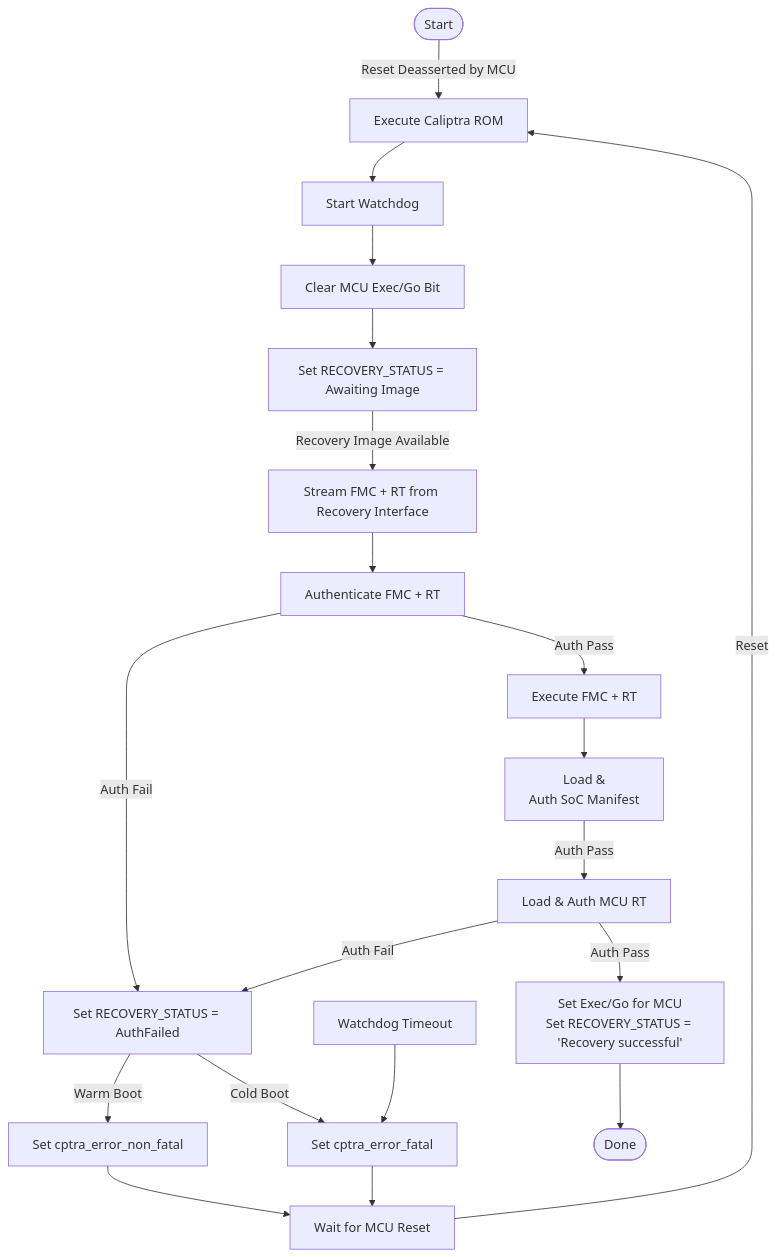
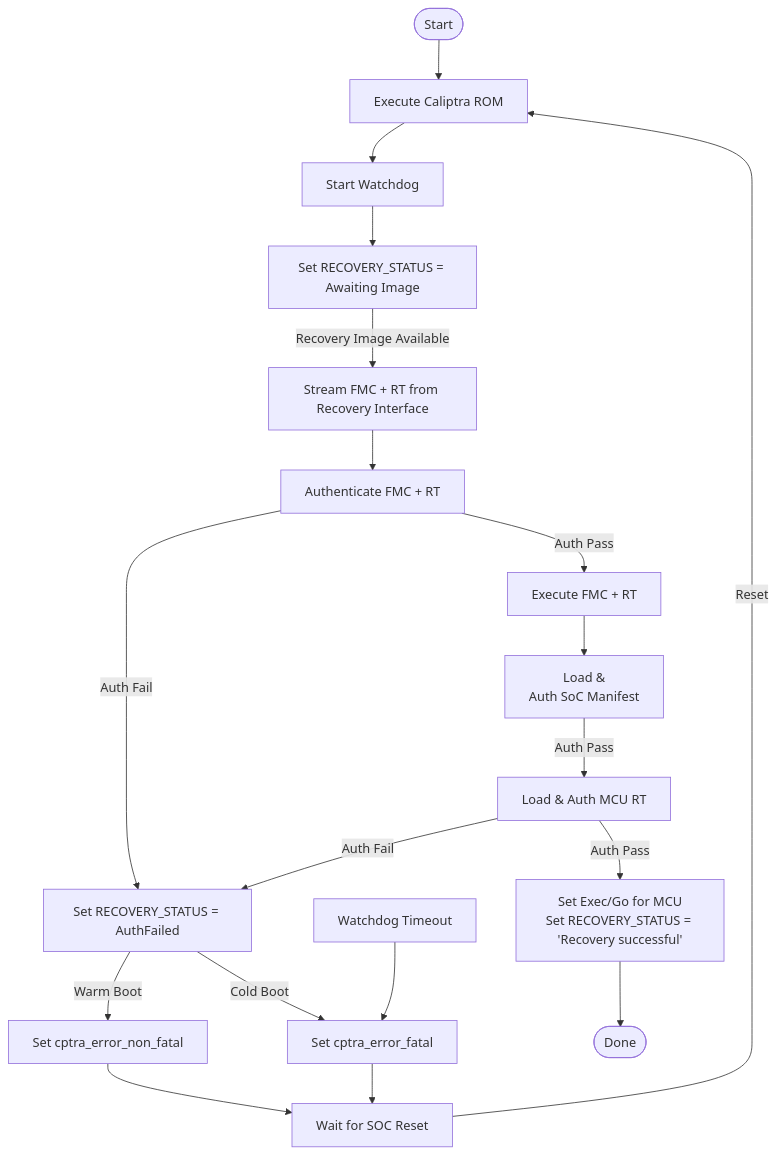
One commit to zhalvorsen/caliptra-mcu-sw changed the fourth of 7 diagrams in docs/src/image_loading.md. Above: the diagram before and after it, drawn with Mermaid. The commit also changed other lines of this file and 1 other file, not shown here.

First line of the commit message:
Update Recovery Boot Flow Doc (#214)

````diff
--- a/docs/src/image_loading.md
+++ b/docs/src/image_loading.md
@@ -326,28 +326,27 @@
 ```mermaid
 flowchart TD
-    CaliptraFlow([Start]) -->|Reset Deasserted by MCU| Start
+    CaliptraFlow([Start]) -->Start
     Start[Execute Caliptra ROM] --> StartWD[Start Watchdog]
-    StartWD --> DisableMCURT[Clear MCU Exec/Go Bit]
-    DisableMCURT --> SetReady[Set RECOVERY_STATUS = Awaiting Image]
+    StartWD --> SetReady[Set RECOVERY_STATUS = Awaiting Image]
 
     SetReady -->|Recovery Image Available| DownloadFMC[Stream FMC + RT from Recovery Interface]
     DownloadFMC --> AuthFMC[Authenticate FMC + RT]
 
     AuthFMC -->|Auth Pass| BootRuntime[Execute FMC + RT]
     AuthFMC -->|Auth Fail| ClearSignals[Set RECOVERY_STATUS = AuthFailed]
 
     ClearSignals -->|Warm Boot| NonFatal[Set cptra_error_non_fatal]
     ClearSignals -->|Cold Boot| Fatal[Set cptra_error_fatal]
 
-    NonFatal --> WaitReset[Wait for MCU Reset] -->|Reset| Start
+    NonFatal --> WaitReset[Wait for SOC Reset] -->|Reset| Start
     Fatal --> WaitReset
 
     BootRuntime --> LoadManifest[Load & <br>Auth SoC Manifest]
     LoadManifest -->|Auth Pass| LoadMCURT[Load & Auth MCU RT]
     LoadMCURT -->|Auth Pass| StartMCURT[Set Exec/Go for MCU<br>Set RECOVERY_STATUS = 'Recovery successful']
     LoadMCURT -->|Auth Fail| ClearSignals
 
     CPTRA_WD_TIMEOUT[Watchdog Timeout] --> Fatal
 
     StartMCURT --> Done_cptra([Done])
 ```
````
